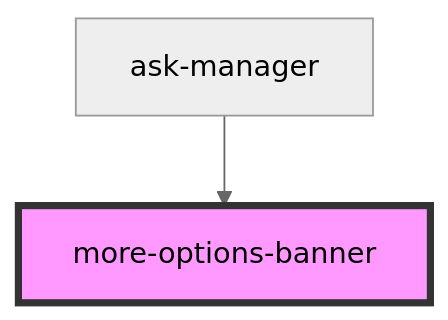
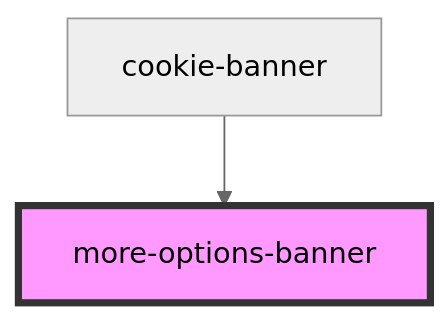
One commit to arvidsandin/cookie-banner changed the diagram in docs/components/more-options-banner/readme.md. Above: the diagram before and after it, drawn with Mermaid (neutral theme). The commit also changed other lines of this file and 20 other files, not shown here.

Commit message:
chore: rename project to cookie-banner

````diff
--- a/docs/components/more-options-banner/readme.md
+++ b/docs/components/more-options-banner/readme.md
@@ -24,5 +24,5 @@
 ```mermaid
 graph TD;
-  ask-manager --> more-options-banner
+  cookie-banner --> more-options-banner
   style more-options-banner fill:#f9f,stroke:#333,stroke-width:4px
 ```
````
